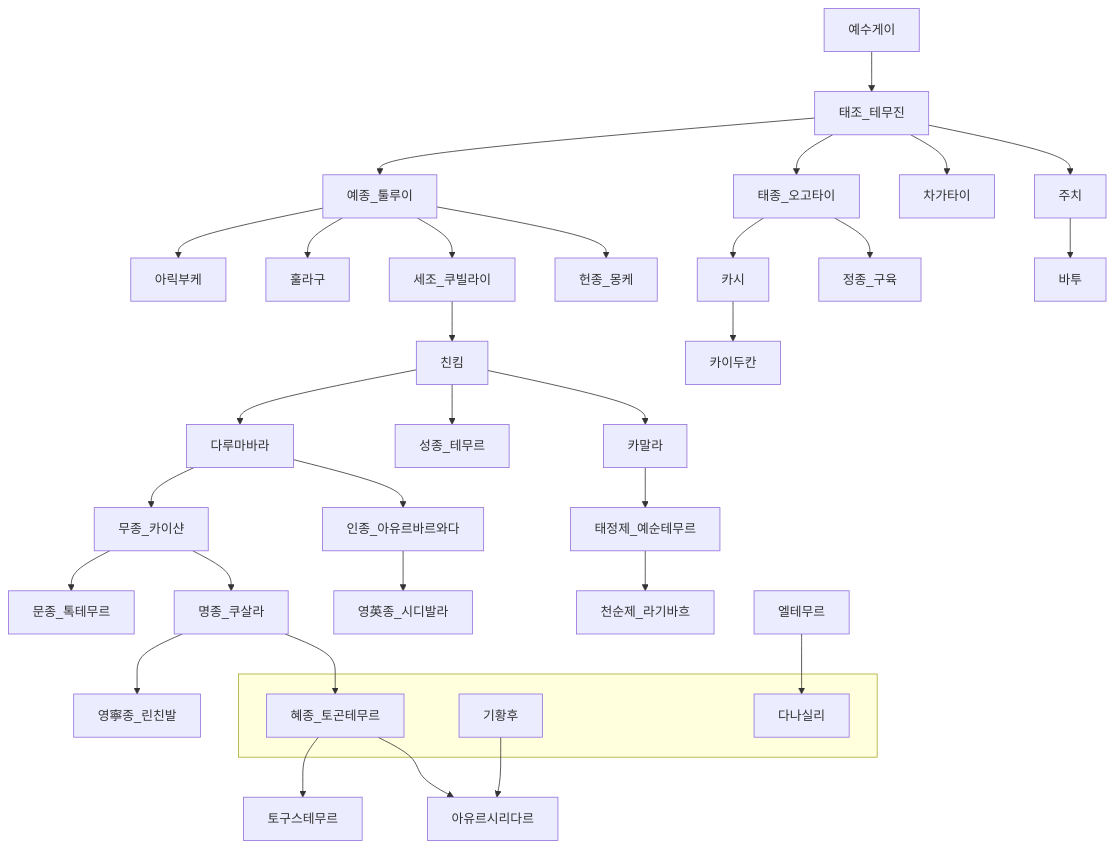
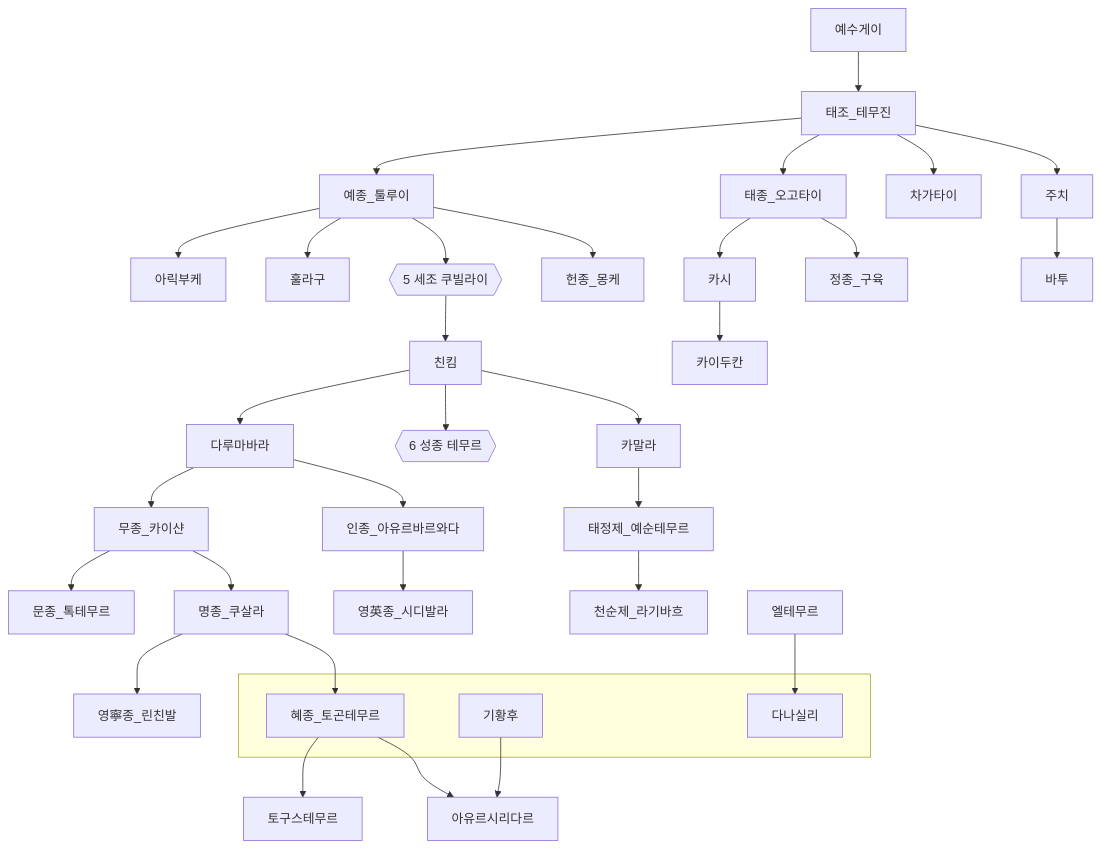
One commit to daewonyoon/historigram changed the second of 2 diagrams in 중국사/원왕조.md. Above: the diagram before and after it, drawn with Mermaid. The commit also changed 3 other files, not shown here.

````diff
--- a/중국사/원왕조.md
+++ b/중국사/원왕조.md
@@ -36,38 +36,38 @@
 ```mermaid
 
 graph TD
 예수게이 --> 태조_테무진 
 태조_테무진 --> 주치 --> 바투
 태조_테무진 --> 차가타이
 태조_테무진 --> 태종_오고타이 --> 정종_구육
 태조_테무진 --> 예종_툴루이
 
 태종_오고타이 --> 카시 --> 카이두칸
 예종_툴루이 --> 헌종_몽케
-예종_툴루이 --> 세조_쿠빌라이 --> 친킴 
+예종_툴루이 --> 세조_쿠빌라이{{5 세조 쿠빌라이}} --> 친킴 
 예종_툴루이 --> 훌라구
 예종_툴루이 --> 아릭부케
 
 친킴 --> 카말라
-친킴 --> 성종_테무르
+친킴 --> 성종_테무르{{6 성종 테무르}}
 친킴 --> 다루마바라
 
 카말라 --> 태정제_예순테무르 --> 천순제_라기바흐
 
 다루마바라 --> 인종_아유르바르와다 --> 영英종_시디발라
 다루마바라 --> 무종_카이샨 --> 명종_쿠살라 --> 혜종_토곤테무르 --> 아유르시리다르
 명종_쿠살라 --> 영寧종_린친발
 기황후 --> 아유르시리다르
 혜종_토곤테무르 --> 토구스테무르
 
 무종_카이샨 --> 문종_톡테무르
 
 엘테무르 --> 다나실리
 
 subgraph " "
     다나실리
     혜종_토곤테무르
     기황후
 end
 
 ```
````
